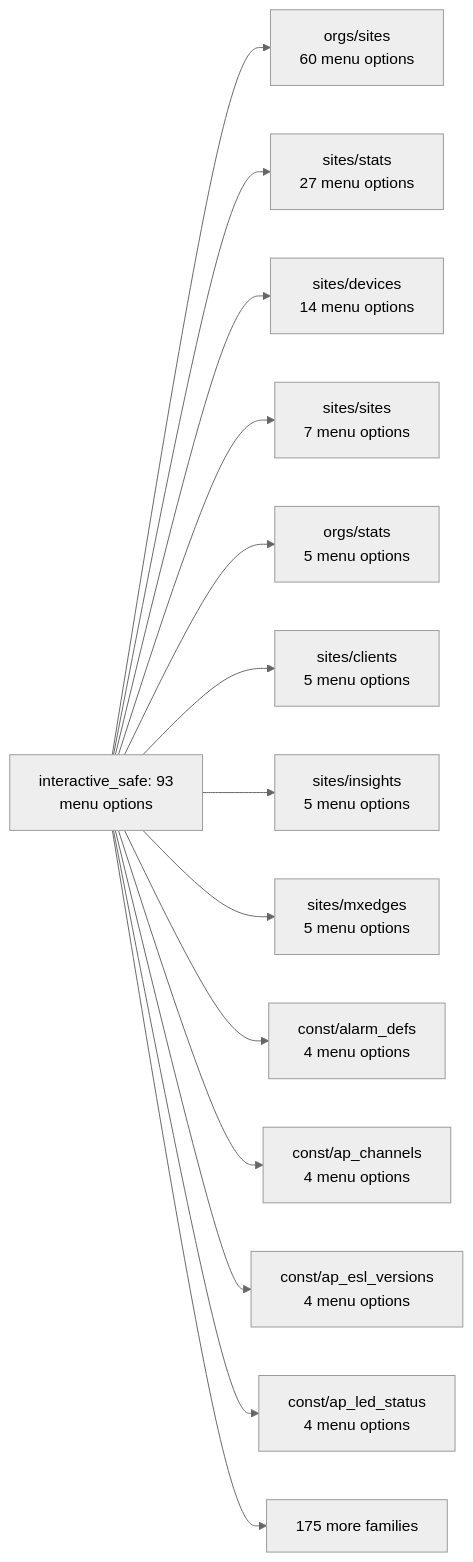
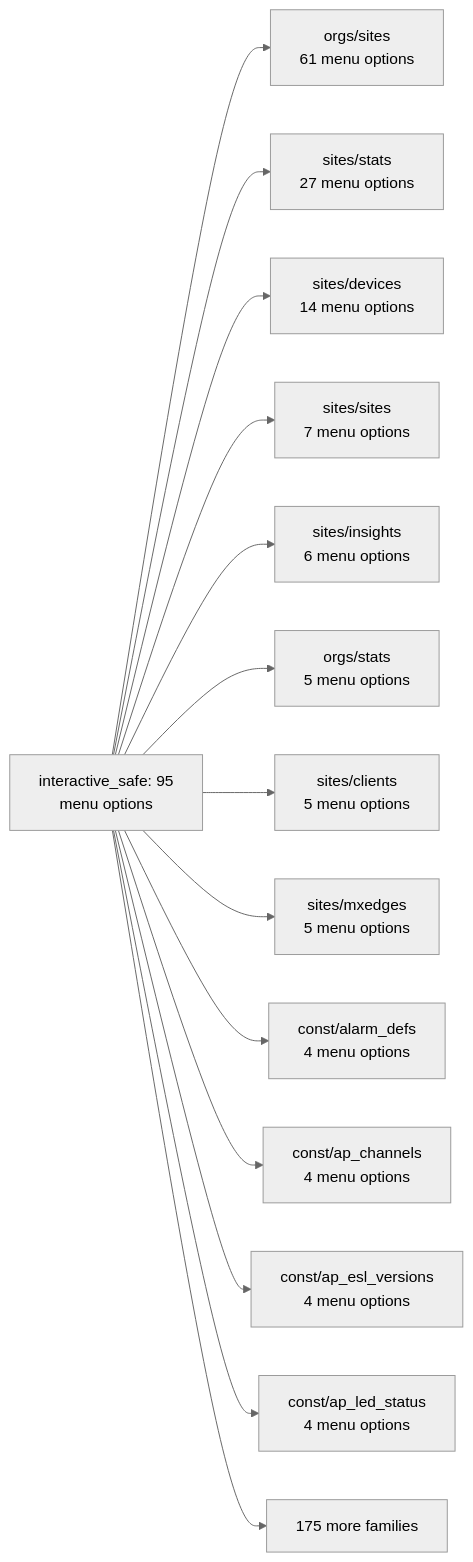
Before and after one commit to jmorrison-juniper/MistHelper: the first of 26 diagrams in documentation/menu-api/interactive-safe.md, drawn with Mermaid (neutral theme). The commit also changed other lines of this file and 8 other files, not shown here.

````diff
--- a/documentation/menu-api/interactive-safe.md
+++ b/documentation/menu-api/interactive-safe.md
@@ -17,17 +17,17 @@
 ```mermaid
 flowchart LR
-    root["interactive_safe: 93<br/>menu options"]
-    root --> f_orgs_sites["orgs/sites<br/>60 menu options"]
+    root["interactive_safe: 95<br/>menu options"]
+    root --> f_orgs_sites["orgs/sites<br/>61 menu options"]
     root --> f_sites_stats["sites/stats<br/>27 menu options"]
     root --> f_sites_devices["sites/devices<br/>14 menu options"]
     root --> f_sites_sites["sites/sites<br/>7 menu options"]
+    root --> f_sites_insights["sites/insights<br/>6 menu options"]
     root --> f_orgs_stats["orgs/stats<br/>5 menu options"]
     root --> f_sites_clients["sites/clients<br/>5 menu options"]
-    root --> f_sites_insights["sites/insights<br/>5 menu options"]
     root --> f_sites_mxedges["sites/mxedges<br/>5 menu options"]
     root --> f_const_alarm_defs["const/alarm_defs<br/>4 menu options"]
     root --> f_const_ap_channels["const/ap_channels<br/>4 menu options"]
     root --> f_const_ap_esl_versions["const/ap_esl_versions<br/>4 menu options"]
     root --> f_const_ap_led_status["const/ap_led_status<br/>4 menu options"]
     root --> more["175 more families"]
 ```
````
